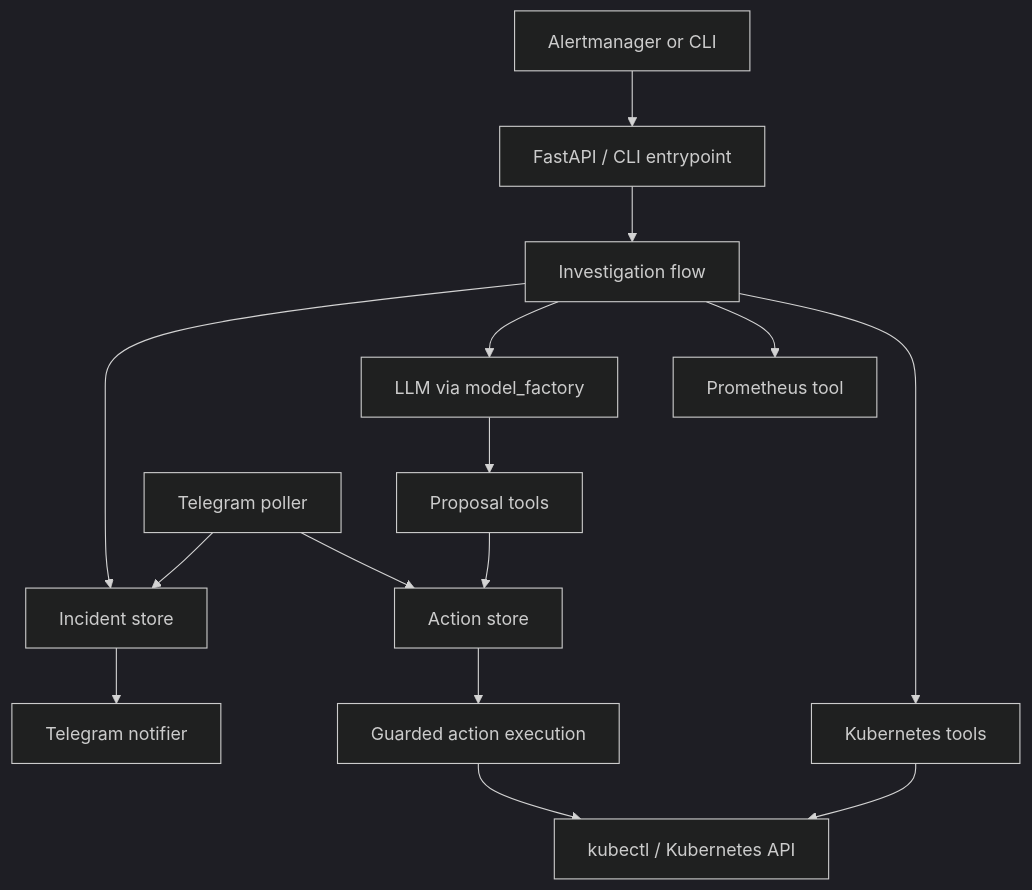
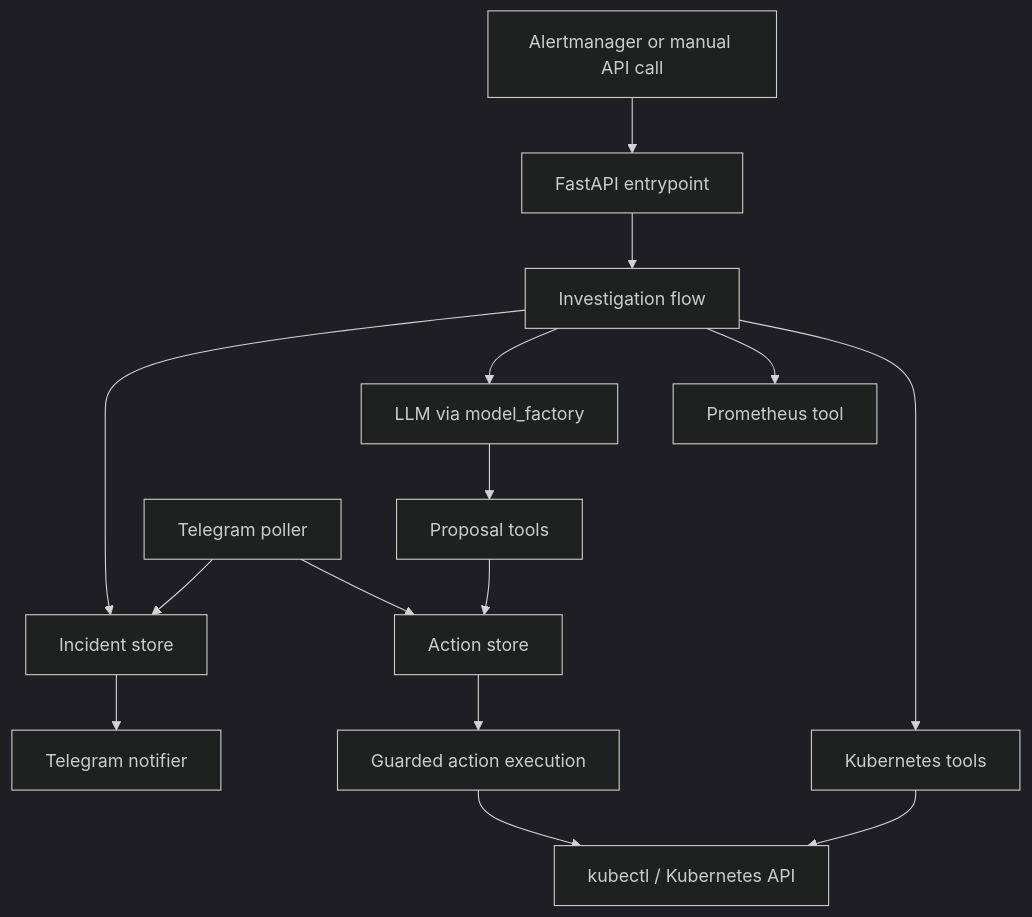
The diagram in README.md (kmjayadeep/k8s-ai-sre), drawn with Mermaid (dark theme) before and after one commit. The commit also changed other lines of this file and 6 other files, not shown here.

````diff
--- a/README.md
+++ b/README.md
@@ -24,17 +24,17 @@
 ```mermaid
 flowchart TD
-    A[Alertmanager or CLI] --> B[FastAPI / CLI entrypoint]
+    A[Alertmanager or manual API call] --> B[FastAPI entrypoint]
     B --> C[Investigation flow]
     C --> D[Kubernetes tools]
     C --> E[Prometheus tool]
     C --> F[LLM via model_factory]
     F --> G[Proposal tools]
     G --> H[Action store]
     C --> I[Incident store]
     I --> J[Telegram notifier]
     K[Telegram poller] --> H
     K --> I
     H --> L[Guarded action execution]
     D --> M[kubectl / Kubernetes API]
     L --> M
 ```
````
